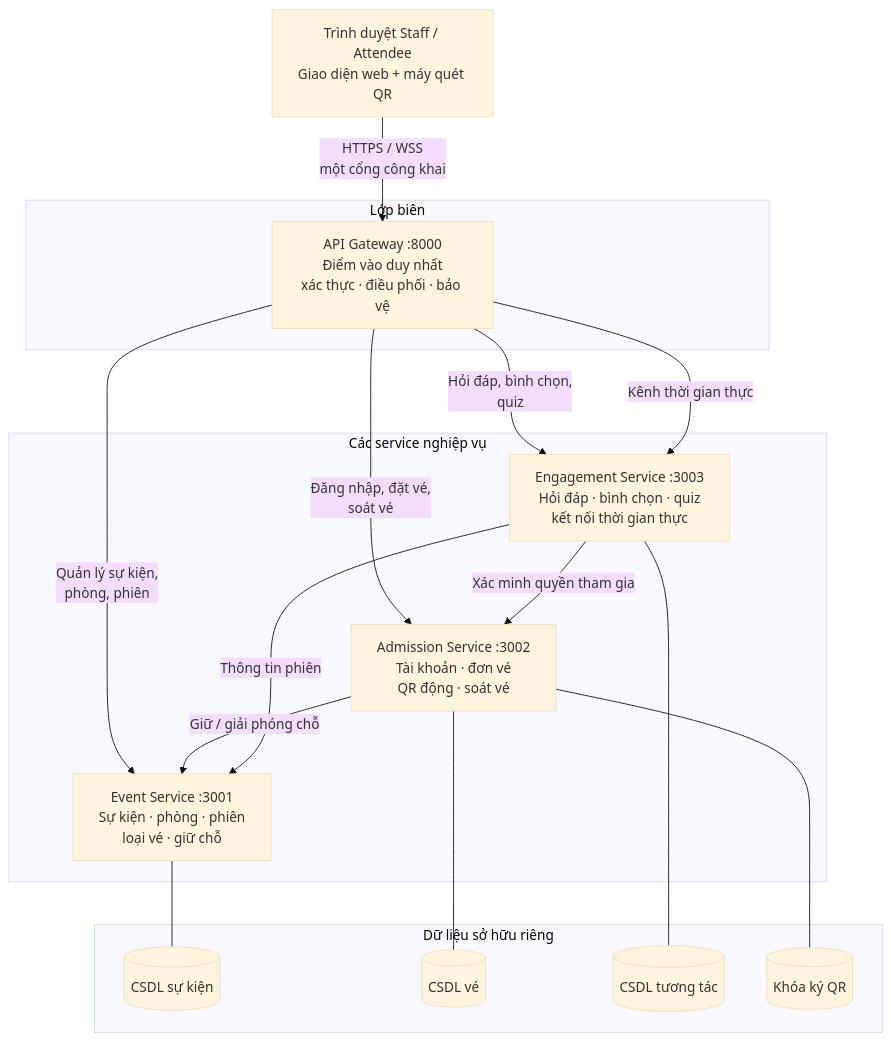
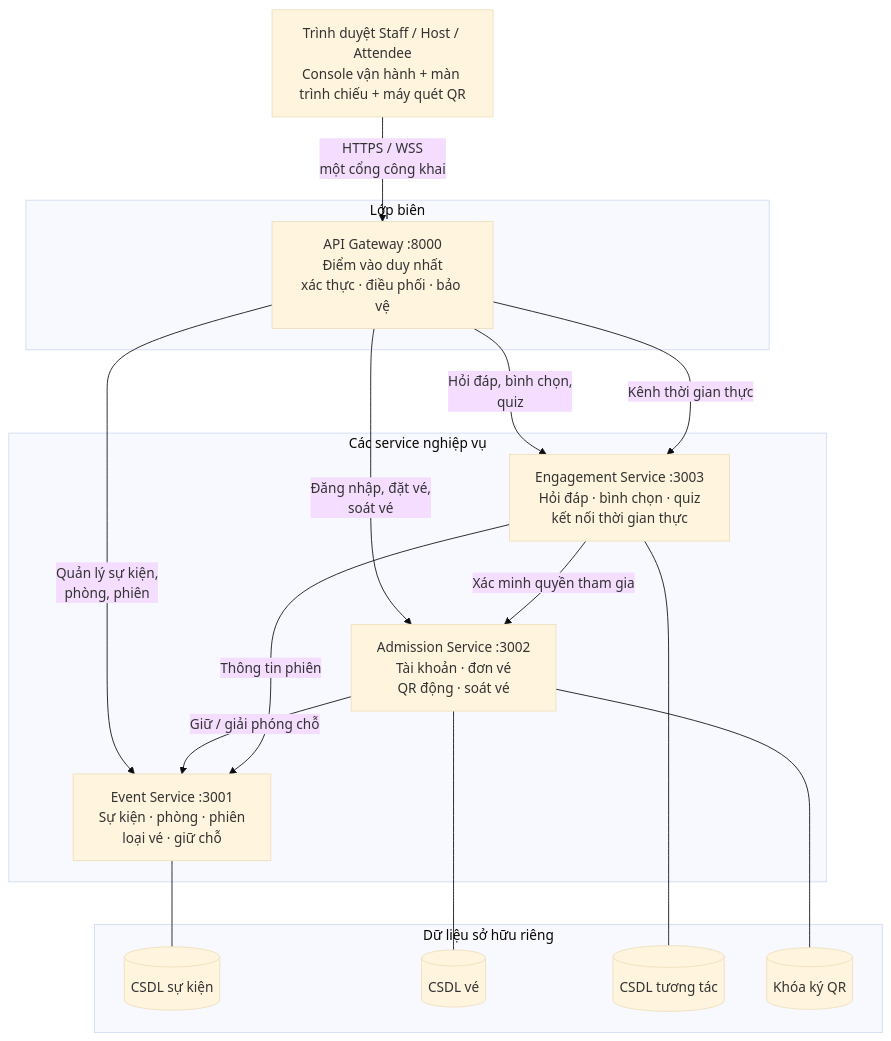
Diagram 19 of 42 in docs/BAO_CAO_CUOI_KY_P1_P2.md (tuanphung2005/qEvent), drawn with Mermaid (base theme) before and after one commit. The commit also changed other lines of this file and 5 other files, not shown here.

Commit message:
graph and shits

````diff
--- a/docs/BAO_CAO_CUOI_KY_P1_P2.md
+++ b/docs/BAO_CAO_CUOI_KY_P1_P2.md
@@ -157,36 +791,36 @@
 ```mermaid
 flowchart TB
-    Client["Trình duyệt Staff / Attendee<br/>Giao diện web + máy quét QR"]
+    Client["Trình duyệt Staff / Host / Attendee<br/>Console vận hành + màn trình chiếu + máy quét QR"]
 
     subgraph Edge["Lớp biên"]
         GW["API Gateway :8000<br/>Điểm vào duy nhất<br/>xác thực · điều phối · bảo vệ"]
     end
 
     subgraph Domain["Các service nghiệp vụ"]
         ES["Event Service :3001<br/>Sự kiện · phòng · phiên<br/>loại vé · giữ chỗ"]
         AS["Admission Service :3002<br/>Tài khoản · đơn vé<br/>QR động · soát vé"]
         GS["Engagement Service :3003<br/>Hỏi đáp · bình chọn · quiz<br/>kết nối thời gian thực"]
     end
 
     subgraph Data["Dữ liệu sở hữu riêng"]
         EDB[("CSDL sự kiện")]
         ADB[("CSDL vé")]
         GDB[("CSDL tương tác")]
         KEYS[("Khóa ký QR")]
     end
 
     Client -->|"HTTPS / WSS<br/>một cổng công khai"| GW
     GW -->|"Quản lý sự kiện,<br/>phòng, phiên"| ES
     GW -->|"Đăng nhập, đặt vé,<br/>soát vé"| AS
     GW -->|"Hỏi đáp, bình chọn,<br/>quiz"| GS
     GW -->|"Kênh thời gian thực"| GS
 
     ES --- EDB
     AS --- ADB
     GS --- GDB
     AS --- KEYS
 
     AS -->|"Giữ / giải phóng chỗ"| ES
     GS -->|"Thông tin phiên"| ES
     GS -->|"Xác minh quyền tham gia"| AS
 ```
````
